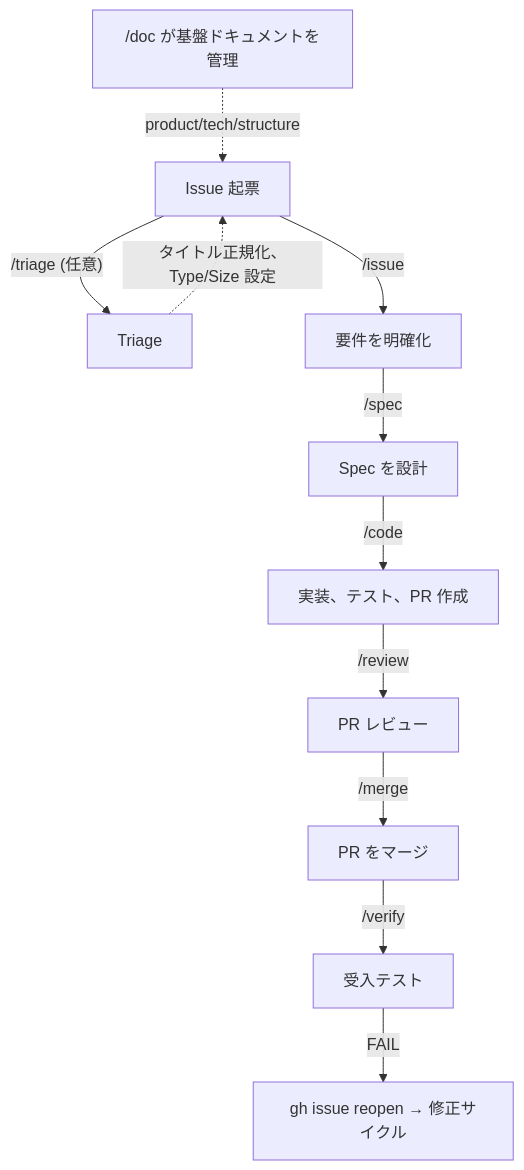
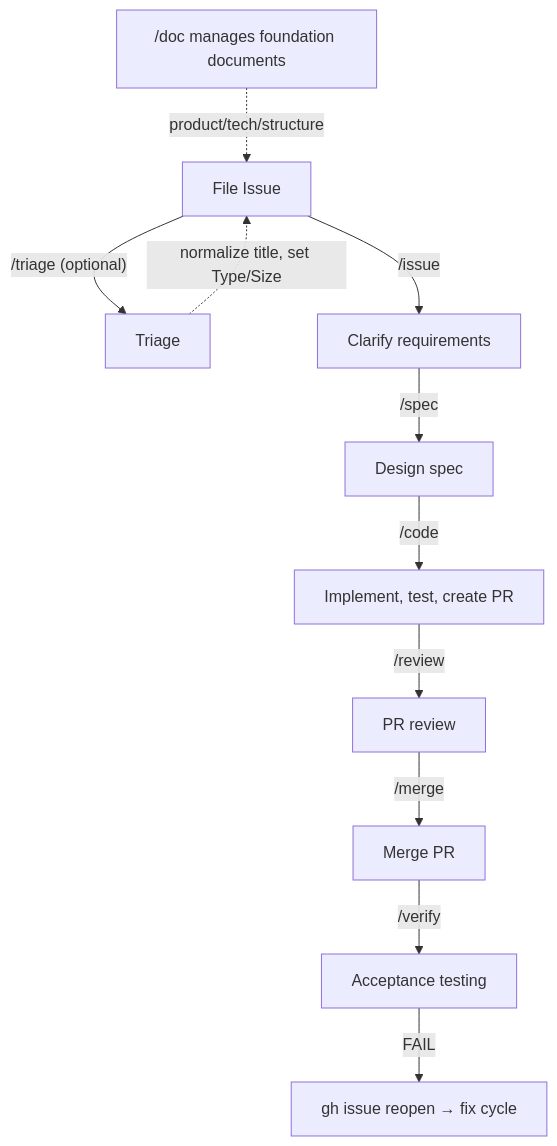
Before and after one commit to saitoco/wholework: the diagram in docs/ja/product.md, drawn with Mermaid. The commit also changed other lines of this file and 13 other files, not shown here.

````diff
--- a/docs/ja/product.md
+++ b/docs/ja/product.md
@@ -9,13 +11,13 @@
 ```mermaid
 flowchart TD
-    G0["/doc が基盤ドキュメントを管理"] -.->|"product/tech/structure"| A
-    A["Issue 起票"] -->|"/triage (任意)"| T["Triage"]
-    T -.->|"タイトル正規化、Type/Size 設定"| A
-    A -->|"/issue"| B["要件を明確化"]
-    B -->|"/spec"| C["Spec を設計"]
-    C -->|"/code"| E["実装、テスト、PR 作成"]
-    E -->|"/review"| F["PR レビュー"]
-    F -->|"/merge"| G["PR をマージ"]
-    G -->|"/verify"| H["受入テスト"]
-    H -->|"FAIL"| I["gh issue reopen → 修正サイクル"]
+    G0["/doc manages foundation documents"] -.->|"product/tech/structure"| A
+    A["File Issue"] -->|"/triage (optional)"| T["Triage"]
+    T -.->|"normalize title, set Type/Size"| A
+    A -->|"/issue"| B["Clarify requirements"]
+    B -->|"/spec"| C["Design spec"]
+    C -->|"/code"| E["Implement, test, create PR"]
+    E -->|"/review"| F["PR review"]
+    F -->|"/merge"| G["Merge PR"]
+    G -->|"/verify"| H["Acceptance testing"]
+    H -->|"FAIL"| I["gh issue reopen → fix cycle"]
 ```
````
